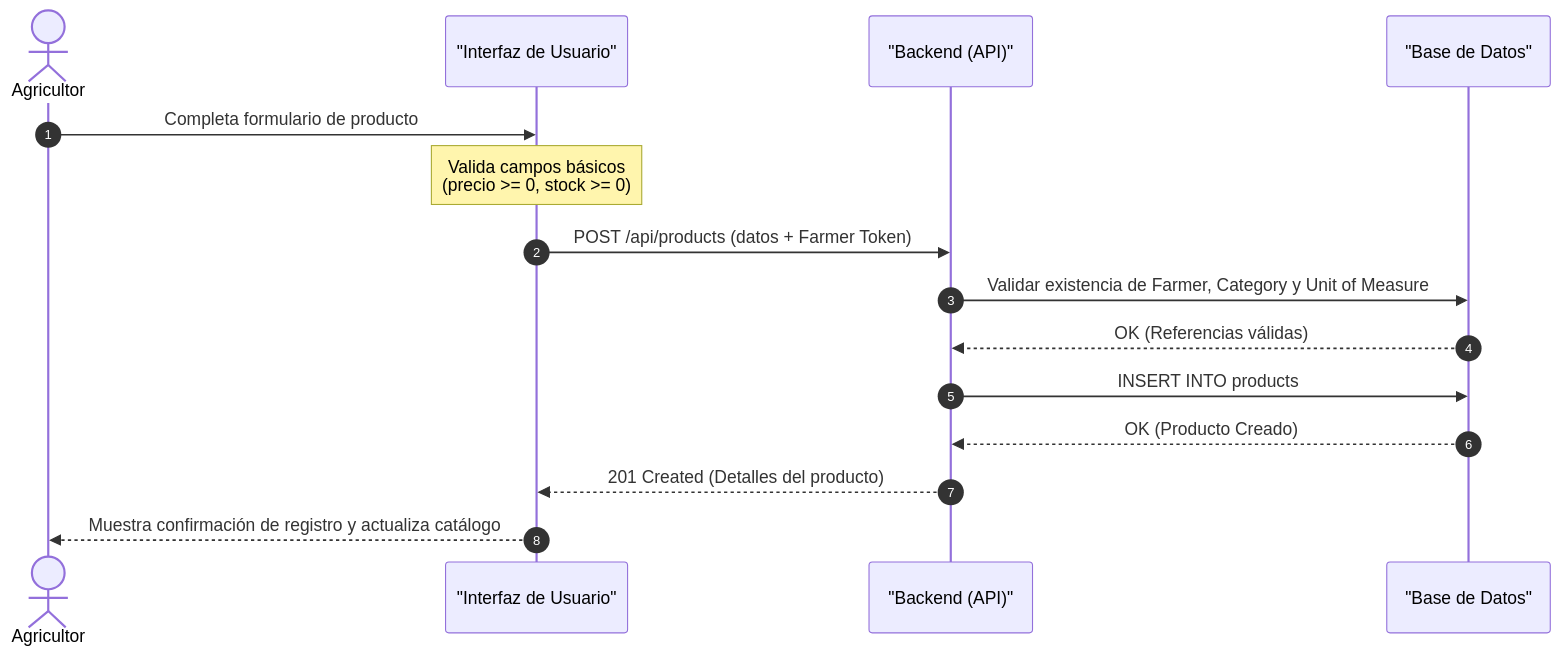
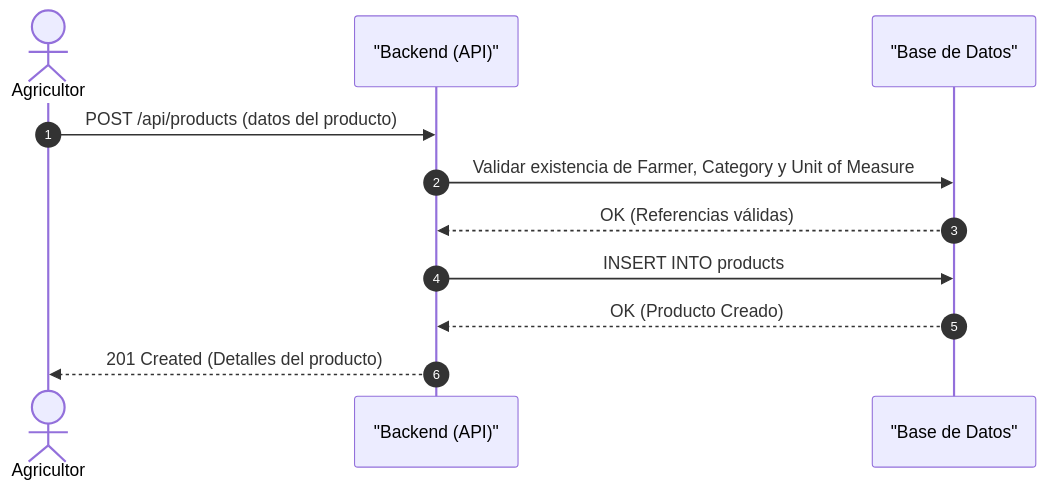
The second of 6 diagrams in retos/proyecto-final/MarketPlace/README.md (jbolivarz94/Diplomano.NET), drawn with Mermaid before and after one commit. The commit also changed other lines of this file and 17 other files, not shown here.

````diff
--- a/retos/proyecto-final/MarketPlace/README.md
+++ b/retos/proyecto-final/MarketPlace/README.md
@@ -136,18 +134,14 @@
 ```mermaid
 sequenceDiagram
     autonumber
     actor Agricultor
-    participant UI as "Interfaz de Usuario"
     participant API as "Backend (API)"
     participant DB as "Base de Datos"
 
-    Agricultor->>UI: Completa formulario de producto
-    Note over UI: Valida campos básicos<br/>(precio >= 0, stock >= 0)
-    UI->>API: POST /api/products (datos + Farmer Token)
+    Agricultor->>API: POST /api/products (datos del producto)
     API->>DB: Validar existencia de Farmer, Category y Unit of Measure
     DB-->>API: OK (Referencias válidas)
     API->>DB: INSERT INTO products
     DB-->>API: OK (Producto Creado)
-    API-->>UI: 201 Created (Detalles del producto)
-    UI-->>Agricultor: Muestra confirmación de registro y actualiza catálogo
+    API-->>Agricultor: 201 Created (Detalles del producto)
 ```
````
